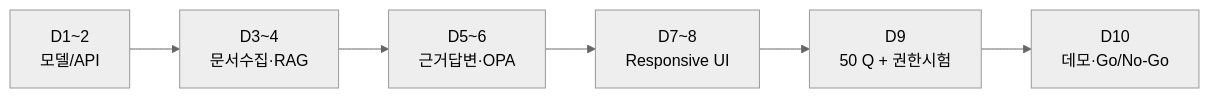
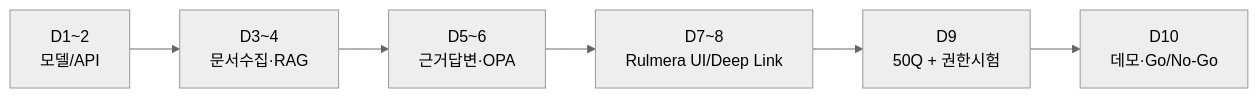
One commit to hori5000/Rulmera-OPA changed the diagram in rulmera-enterprise-knowledge/00-프로젝트관리/00-PM-대시보드.md. Above: the diagram before and after it, drawn with Mermaid (neutral theme). The commit also changed other lines of this file and 38 other files, not shown here.

Commit message:
Sync Rulmera-OPA 전체 Vault 2026-09-16 15:48:24

````diff
--- a/rulmera-enterprise-knowledge/00-프로젝트관리/00-PM-대시보드.md
+++ b/rulmera-enterprise-knowledge/00-프로젝트관리/00-PM-대시보드.md
@@ -31,8 +49,8 @@
 ```mermaid
 flowchart LR
-  D1[D1~2\n모델/API] --> D2[D3~4\n문서수집·RAG]
-  D2 --> D3[D5~6\n근거답변·OPA]
-  D3 --> D4[D7~8\nResponsive UI]
-  D4 --> D5[D9\n50 Q + 권한시험]
-  D5 --> D6[D10\n데모·Go/No-Go]
+  D1[D1~2<br/>모델/API] --> D2[D3~4<br/>문서수집·RAG]
+  D2 --> D3[D5~6<br/>근거답변·OPA]
+  D3 --> D4[D7~8<br/>Rulmera UI/Deep Link]
+  D4 --> D5[D9<br/>50Q + 권한시험]
+  D5 --> D6[D10<br/>데모·Go/No-Go]
 ```
````
